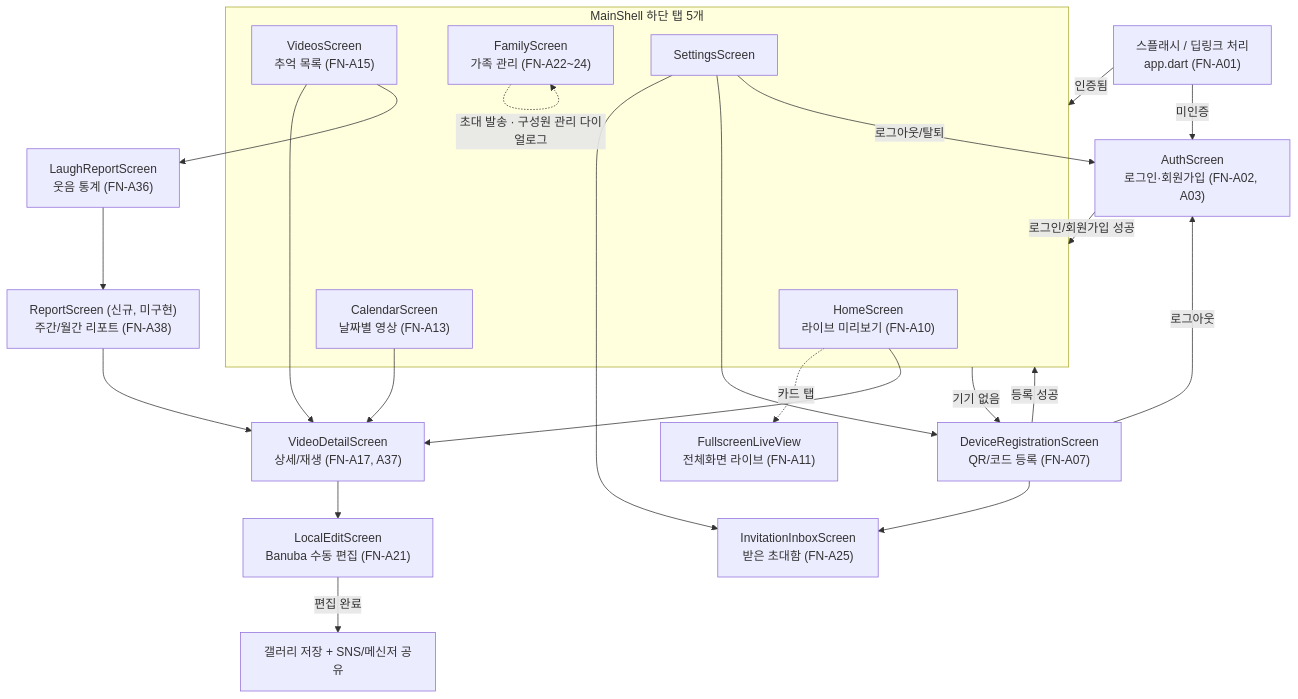
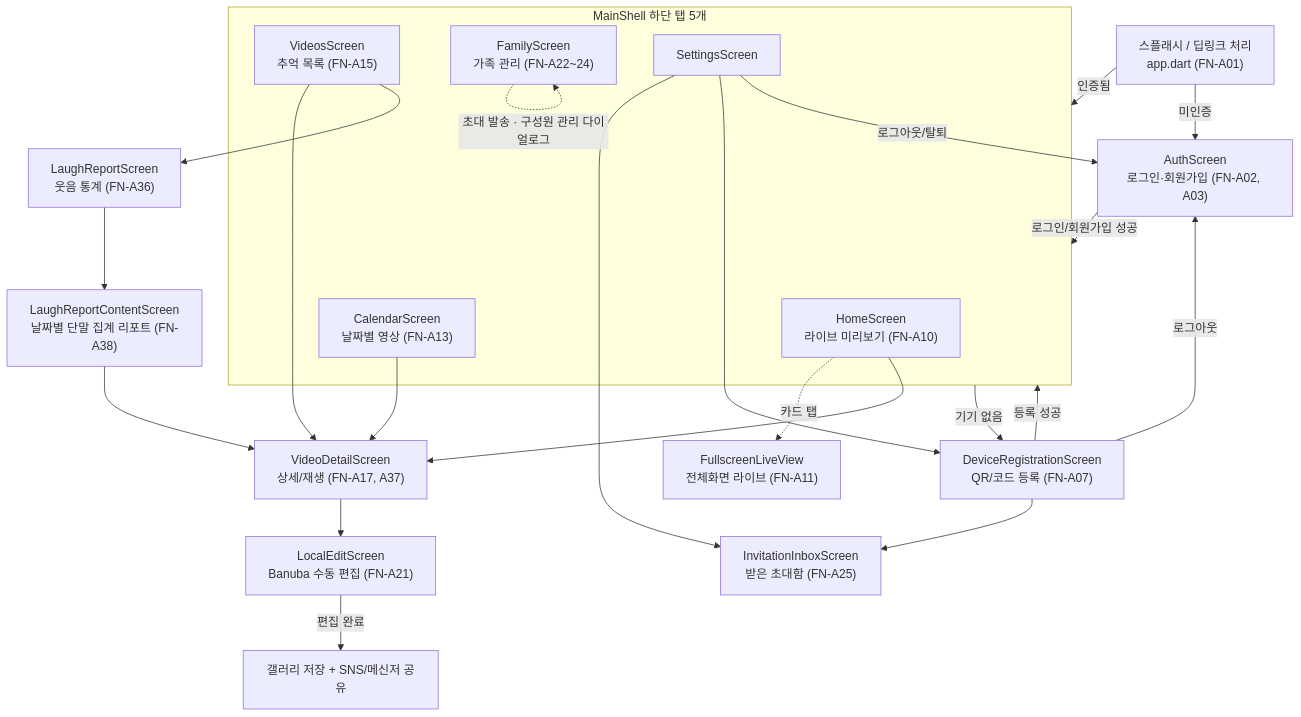
One commit to limbs-han/Bbanggeut changed the diagram in 자료/docs/ai에게 입력용 문서/03-features.md. Above: the diagram before and after it, drawn with Mermaid. The commit also changed other lines of this file and 8 other files, not shown here.

````diff
--- a/자료/docs/ai에게 입력용 문서/03-features.md
+++ b/자료/docs/ai에게 입력용 문서/03-features.md
@@ -71,36 +71,36 @@
 ```mermaid
 flowchart TD
     Splash["스플래시 / 딥링크 처리\napp.dart (FN-A01)"] -->|미인증| Auth["AuthScreen\n로그인·회원가입 (FN-A02, A03)"]
     Splash -->|인증됨| Shell["MainShell (FN-A06)"]
 
     Auth -->|로그인/회원가입 성공| Shell
     Shell -->|기기 없음| DeviceReg["DeviceRegistrationScreen\nQR/코드 등록 (FN-A07)"]
     DeviceReg -->|등록 성공| Shell
     DeviceReg --> InvInbox["InvitationInboxScreen\n받은 초대함 (FN-A25)"]
     DeviceReg -->|로그아웃| Auth
 
     subgraph Shell["MainShell 하단 탭 5개"]
         Home["HomeScreen\n라이브 미리보기 (FN-A10)"]
         Calendar["CalendarScreen\n날짜별 영상 (FN-A13)"]
         Videos["VideosScreen\n추억 목록 (FN-A15)"]
         Family["FamilyScreen\n가족 관리 (FN-A22~24)"]
         Settings["SettingsScreen"]
     end
 
     Home -. 카드 탭 .-> FullscreenLive["FullscreenLiveView\n전체화면 라이브 (FN-A11)"]
     Home --> VideoDetail["VideoDetailScreen\n상세/재생 (FN-A17, A37)"]
     Calendar --> VideoDetail
     Videos --> VideoDetail
     Videos --> LaughReport["LaughReportScreen\n웃음 통계 (FN-A36)"]
-    LaughReport --> ReportScreen["ReportScreen (신규, 미구현)\n주간/월간 리포트 (FN-A38)"]
+    LaughReport --> ReportScreen["LaughReportContentScreen\n날짜별 단말 집계 리포트 (FN-A38)"]
     ReportScreen --> VideoDetail
 
     VideoDetail --> LocalEdit["LocalEditScreen\nBanuba 수동 편집 (FN-A21)"]
     LocalEdit -->|편집 완료| Gallery["갤러리 저장 + SNS/메신저 공유"]
 
     Settings --> InvInbox
     Settings --> DeviceReg
     Settings -->|로그아웃/탈퇴| Auth
 
     Family -.->|초대 발송 · 구성원 관리 다이얼로그| Family
 ```
````
